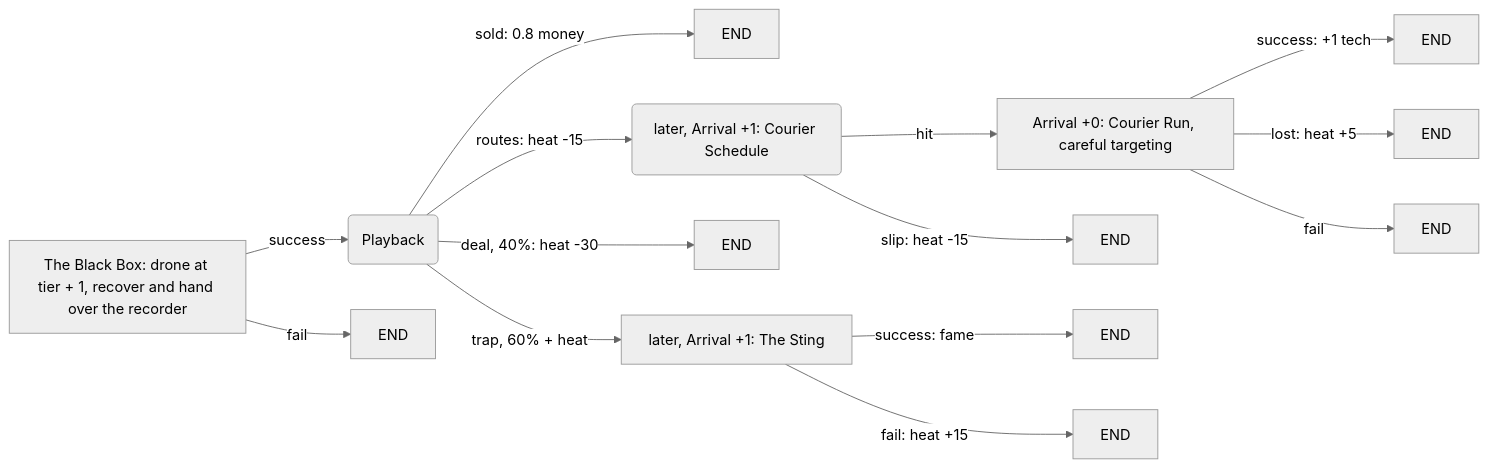
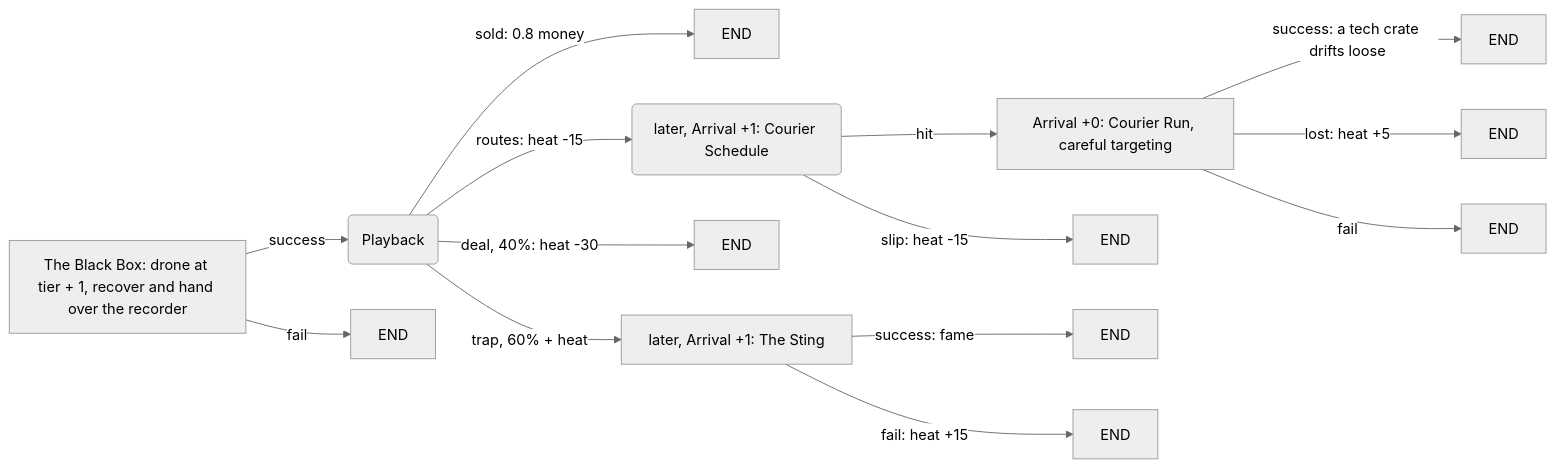
Before and after one commit to Yarden-zamir/cosmoteer-hot-cargo: the sixth of 6 diagrams in CHAINS.md, drawn with Mermaid (neutral theme). The commit also changed other lines of this file and 22 other files, not shown here.

````diff
--- a/CHAINS.md
+++ b/CHAINS.md
@@ -174,16 +174,16 @@
 ```mermaid
 graph LR
   recorder["The Black Box: drone at tier + 1, recover and hand over the recorder"] -->|success| playback("Playback")
   recorder -->|fail| END1[END]
   playback -->|sold: 0.8 money| END2[END]
   playback -->|routes: heat -15| routes("later, Arrival +1: Courier Schedule")
   playback -->|deal, 40%: heat -30| END3[END]
   playback -->|trap, 60% + heat| sting["later, Arrival +1: The Sting"]
   routes -->|hit| courier["Arrival +0: Courier Run, careful targeting"]
   routes -->|slip: heat -15| END4[END]
-  courier -->|success: +1 tech| END5[END]
+  courier -->|success: a tech crate drifts loose| END5[END]
   courier -->|lost: heat +5| END6[END]
   courier -->|fail| END7[END]
   sting -->|success: fame| END8[END]
   sting -->|fail: heat +15| END9[END]
 ```
````
